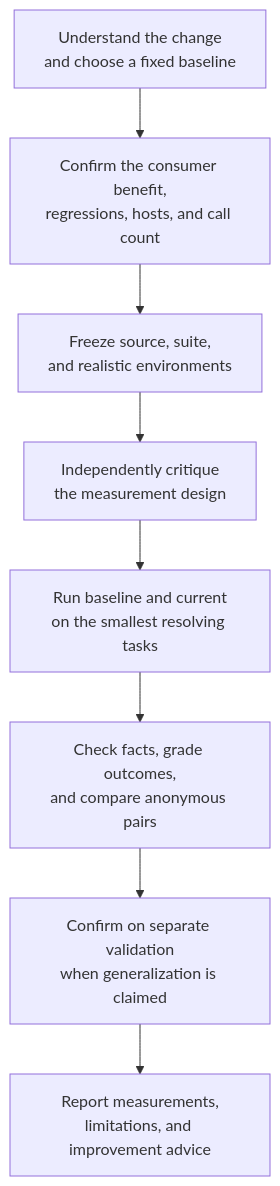
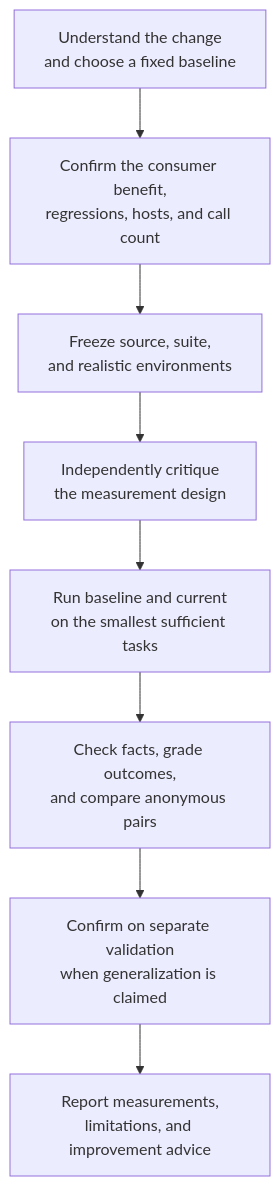
The diagram in README.md (tmchow/skill-eval), drawn with Mermaid before and after one commit. The commit also changed other lines of this file, not shown here.

````diff
--- a/README.md
+++ b/README.md
@@ -169,13 +172,13 @@
 ```mermaid
 flowchart TD
     A["Understand the change<br/>and choose a fixed baseline"]
     B["Confirm the consumer benefit,<br/>regressions, hosts, and call count"]
     C["Freeze source, suite,<br/>and realistic environments"]
     D["Independently critique<br/>the measurement design"]
-    E["Run baseline and current<br/>on the smallest resolving tasks"]
+    E["Run baseline and current<br/>on the smallest sufficient tasks"]
     F["Check facts, grade outcomes,<br/>and compare anonymous pairs"]
     G["Confirm on separate validation<br/>when generalization is claimed"]
     H["Report measurements,<br/>limitations, and improvement advice"]
 
     A --> B --> C --> D --> E --> F --> G --> H
 ```
````
